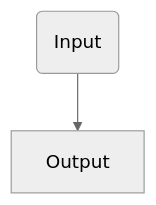
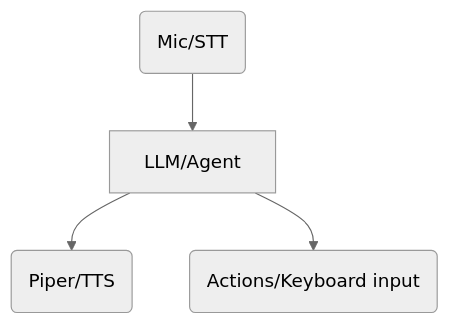
Before and after one commit to splat1745/Jarvis: the diagram in README.md, drawn with Mermaid (neutral theme). The commit also changed other lines of this file, not shown here.

````diff
--- a/README.md
+++ b/README.md
@@ -11,4 +11,6 @@
 ```mermaid
 graph TD
-  A(Input) --> B[Output]
+  A(Mic/STT) --> B[LLM/Agent] 
+  B --> C1(Piper/TTS)
+  B --> C2(Actions/Keyboard input)
 ```
````
